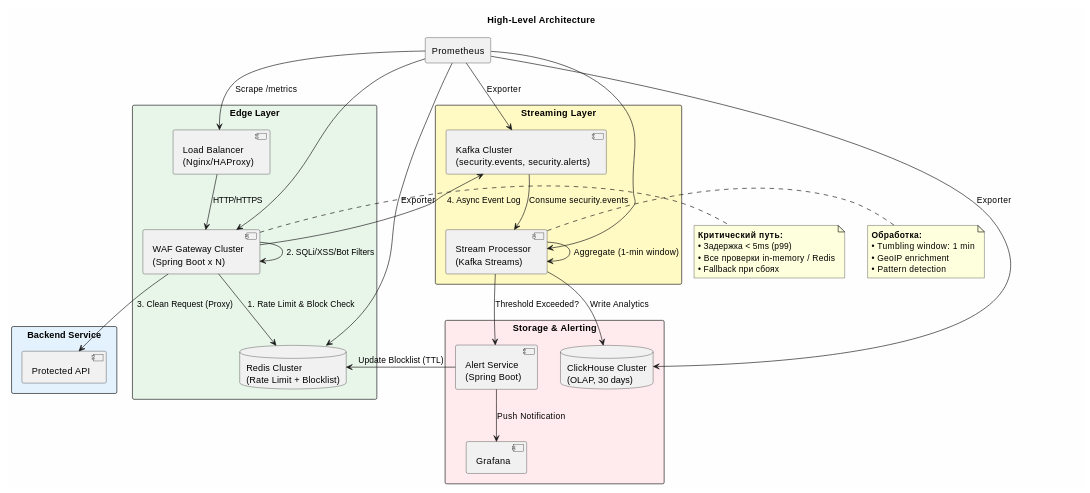
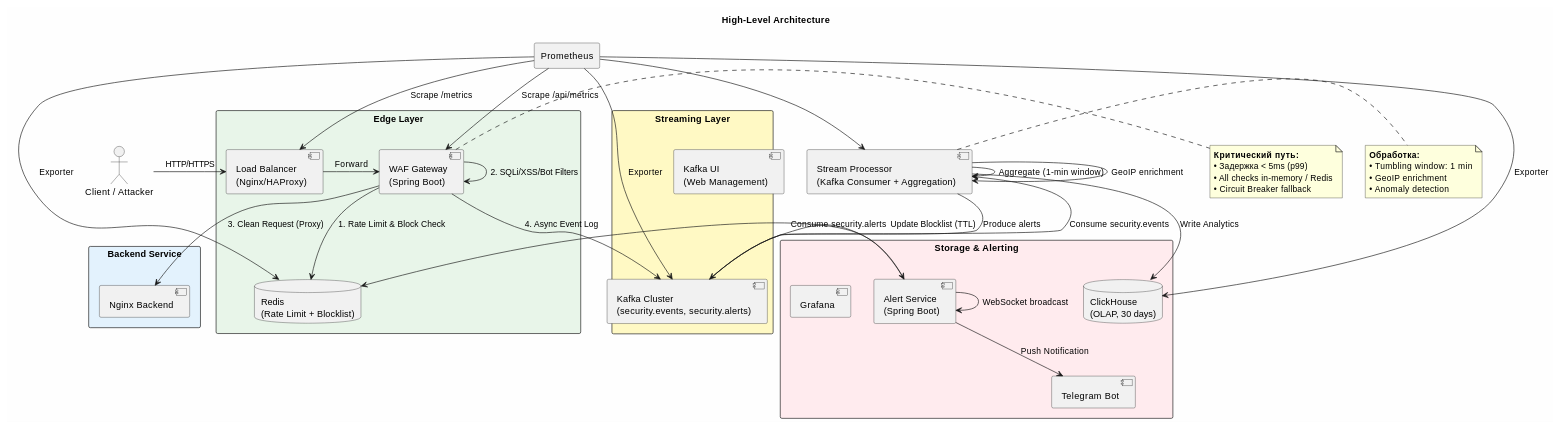
Before and after one commit to Sasakin/WafWall: the third of 8 diagrams in design.md, drawn with PlantUML. The commit also changed other lines of this file and 35 other files, not shown here.

````diff
--- a/design.md
+++ b/design.md
@@ -223,70 +294,77 @@
 ```plantuml
 @startuml HLD
 title High-Level Architecture
 skinparam packageStyle rectangle
 skinparam backgroundColor #FEFEFE
 skinparam monochrome false
 
 package "Edge Layer" #E8F5E9 {
   component "Load Balancer\n(Nginx/HAProxy)" as LB
-  component "WAF Gateway Cluster\n(Spring Boot x N)" as WAF
-  database "Redis Cluster\n(Rate Limit + Blocklist)" as Redis
+  component "WAF Gateway\n(Spring Boot)" as WAF
+  database "Redis\n(Rate Limit + Blocklist)" as Redis
 }
 
 package "Streaming Layer" #FFF9C4 {
   component "Kafka Cluster\n(security.events, security.alerts)" as Kafka
-  component "Stream Processor\n(Kafka Streams)" as Stream
+  component "Stream Processor\n(Kafka Consumer + Aggregation)" as Stream
+  component "Kafka UI\n(Web Management)" as KafkaUI
 }
 
 package "Storage & Alerting" #FFEBEE {
-  database "ClickHouse Cluster\n(OLAP, 30 days)" as CH
+  database "ClickHouse\n(OLAP, 30 days)" as CH
   component "Alert Service\n(Spring Boot)" as Alert
   component "Grafana" as External
+  component "Telegram Bot" as Telegram
 }
 
 package "Backend Service" #E3F2FD {
-  component "Protected API" as Backend
+  component "Nginx Backend" as Backend
 }
 
 agent "Prometheus" as Prom
+actor "Client / Attacker" as Client
 
 ' === Основной поток (синхронный) ===
-LB --> WAF : HTTP/HTTPS
+Client -> LB : HTTP/HTTPS
+LB -> WAF : Forward
 WAF --> Redis : 1. Rate Limit & Block Check
 WAF --> WAF : 2. SQLi/XSS/Bot Filters
 WAF --> Backend : 3. Clean Request (Proxy)
 WAF --> Kafka : 4. Async Event Log
 
 ' === Аналитический поток (асинхронный) ===
 Kafka --> Stream : Consume security.events
 Stream --> Stream : Aggregate (1-min window)
+Stream --> Stream : GeoIP enrichment
 Stream --> CH : Write Analytics
-Stream --> Alert : Threshold Exceeded?
+Stream --> Kafka : Produce alerts
 
 ' === Алертинг ===
+Kafka --> Alert : Consume security.alerts
 Alert --> Redis : Update Blocklist (TTL)
-Alert --> External : Push Notification
+Alert --> Telegram : Push Notification
+Alert --> Alert : WebSocket broadcast
 
 ' === Мониторинг ===
 Prom --> LB : Scrape /metrics
-Prom --> WAF
+Prom --> WAF : Scrape /api/metrics
 Prom --> Stream
 Prom --> Redis : Exporter
 Prom --> Kafka : Exporter
 Prom --> CH : Exporter
 
 note right of WAF
   **Критический путь:**
   • Задержка < 5ms (p99)
-  • Все проверки in-memory / Redis
-  • Fallback при сбоях
+  • All checks in-memory / Redis
+  • Circuit Breaker fallback
 end note
 
 note right of Stream
   **Обработка:**
   • Tumbling window: 1 min
   • GeoIP enrichment
-  • Pattern detection
+  • Anomaly detection
 end note
 @enduml
 ```
````
